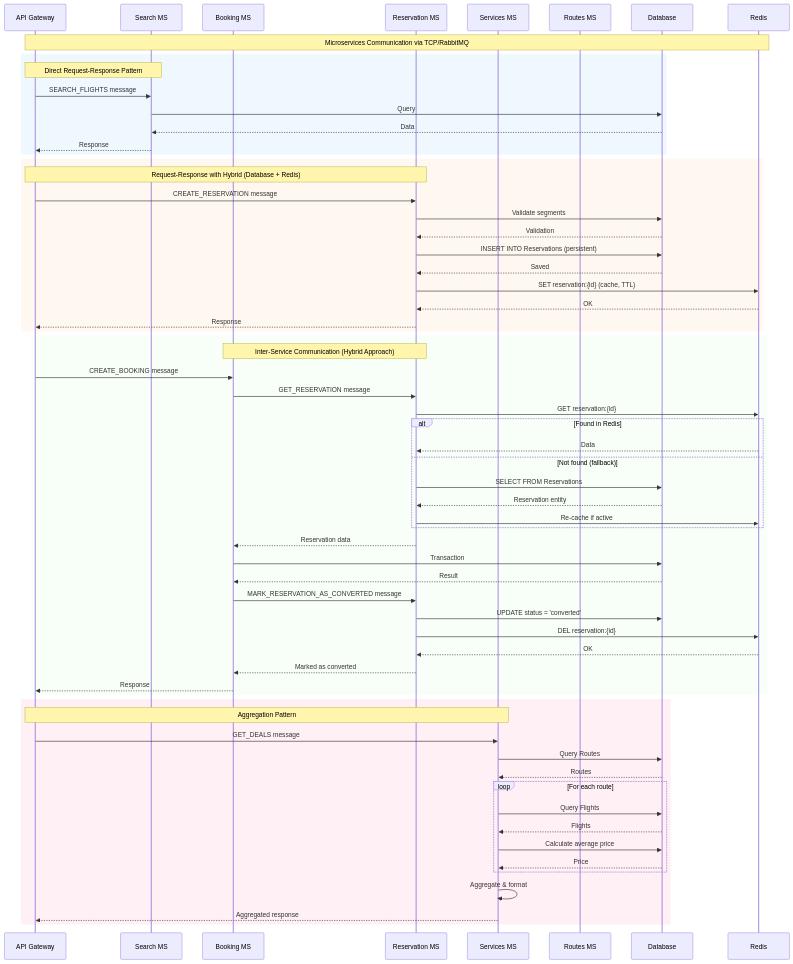
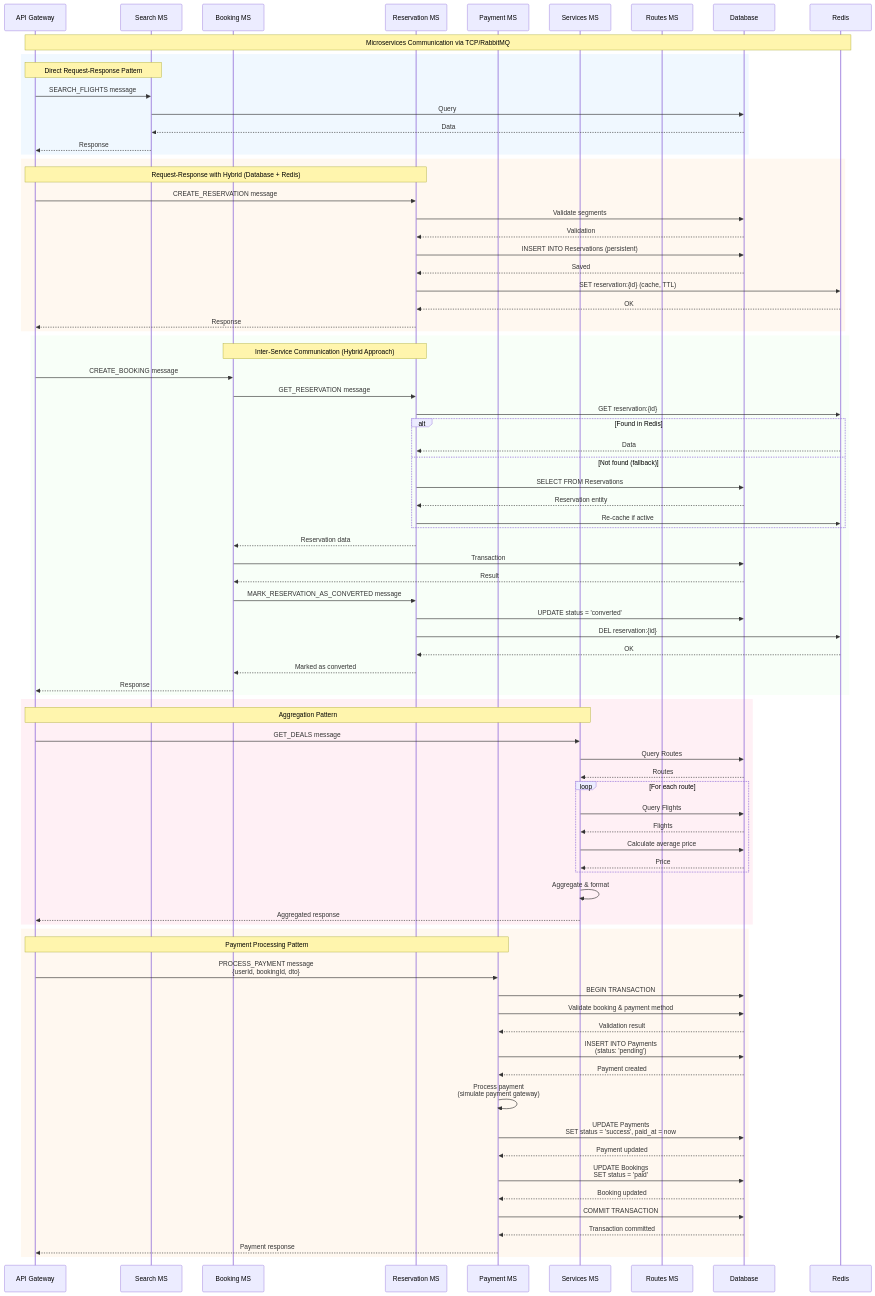
Before and after one commit to Wanderlust-Air-Travel/be-flight-booking: the third of 6 diagrams in docs/api/API_SEQUENCE_DIAGRAMS.md, drawn with Mermaid. The commit also changed other lines of this file and 10 other files, not shown here.

Commit message:
feat: implement payment APIs including create, process, retrieve, and update payment status functionalities; enhance API documentation and testing flow for payment integration

````diff
--- a/docs/api/API_SEQUENCE_DIAGRAMS.md
+++ b/docs/api/API_SEQUENCE_DIAGRAMS.md
@@ -180,6 +217,7 @@
     participant Search MS
     participant Booking MS
     participant Reservation MS
+    participant Payment MS
     participant Services MS
     participant Routes MS
     participant Database
@@ -244,4 +282,22 @@
         Services MS->>Services MS: Aggregate & format
         Services MS-->>API Gateway: Aggregated response
     end
+
+    rect rgb(255, 248, 240)
+        Note over API Gateway,Payment MS: Payment Processing Pattern
+        API Gateway->>Payment MS: PROCESS_PAYMENT message<br/>{userId, bookingId, dto}
+        Payment MS->>Database: BEGIN TRANSACTION
+        Payment MS->>Database: Validate booking & payment method
+        Database-->>Payment MS: Validation result
+        Payment MS->>Database: INSERT INTO Payments<br/>(status: 'pending')
+        Database-->>Payment MS: Payment created
+        Payment MS->>Payment MS: Process payment<br/>(simulate payment gateway)
+        Payment MS->>Database: UPDATE Payments<br/>SET status = 'success', paid_at = now
+        Database-->>Payment MS: Payment updated
+        Payment MS->>Database: UPDATE Bookings<br/>SET status = 'paid'
+        Database-->>Payment MS: Booking updated
+        Payment MS->>Database: COMMIT TRANSACTION
+        Database-->>Payment MS: Transaction committed
+        Payment MS-->>API Gateway: Payment response
+    end
 ```
````
